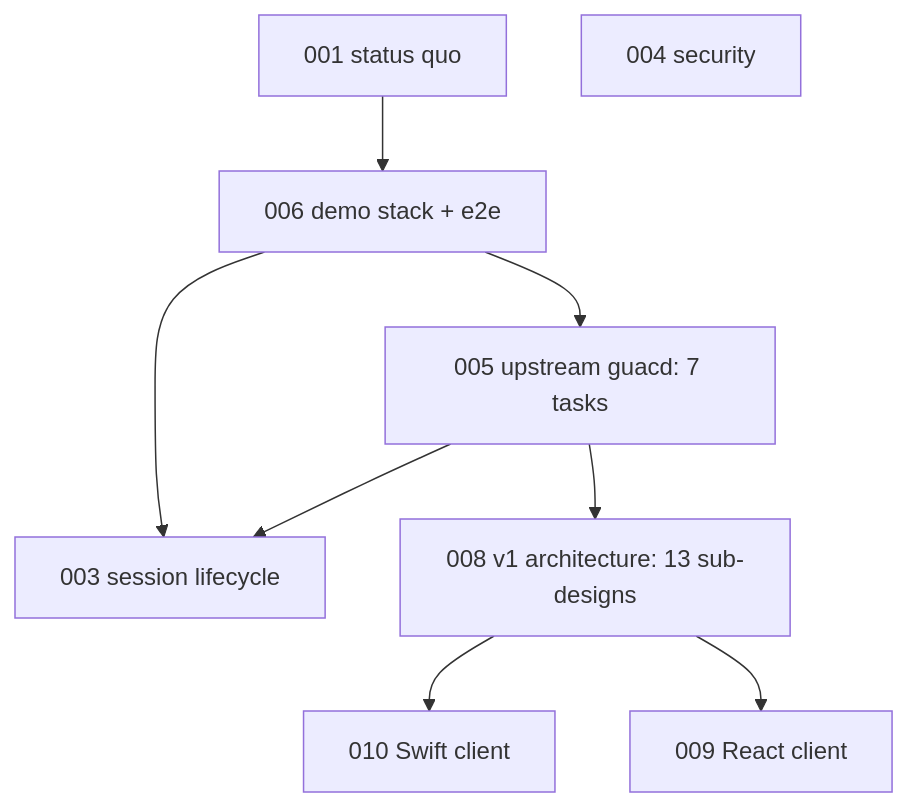
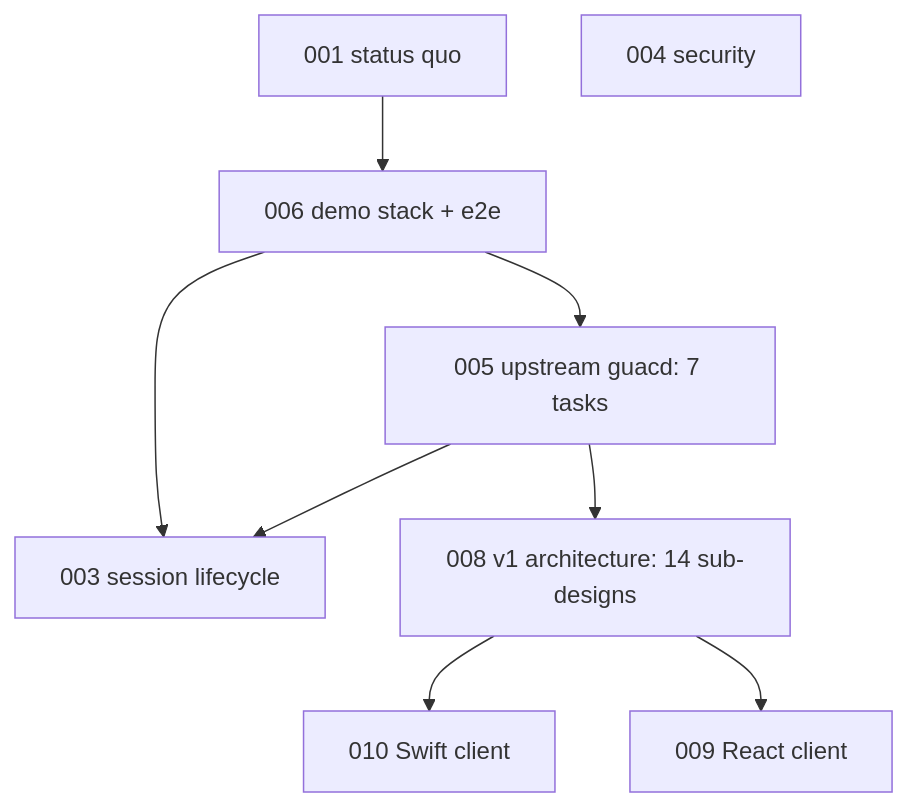
Before and after one commit to changkun/occamy: the diagram in specs/README.md, drawn with Mermaid. The commit also changed other lines of this file and 2 other files, not shown here.

Commit message:
specs: real-time pacing and transport, built and measured one step at a time

````diff
--- a/specs/README.md
+++ b/specs/README.md
@@ -87,11 +87,11 @@
 ```mermaid
 flowchart TD
   s001[001 status quo] --> s006[006 demo stack + e2e]
   s006 --> s005[005 upstream guacd: 7 tasks]
   s006 --> s003[003 session lifecycle]
   s005 --> s003
-  s005 --> s008[008 v1 architecture: 13 sub-designs]
+  s005 --> s008[008 v1 architecture: 14 sub-designs]
   s008 --> s010[010 Swift client]
   s008 --> s009[009 React client]
   s004[004 security]
 ```
````
